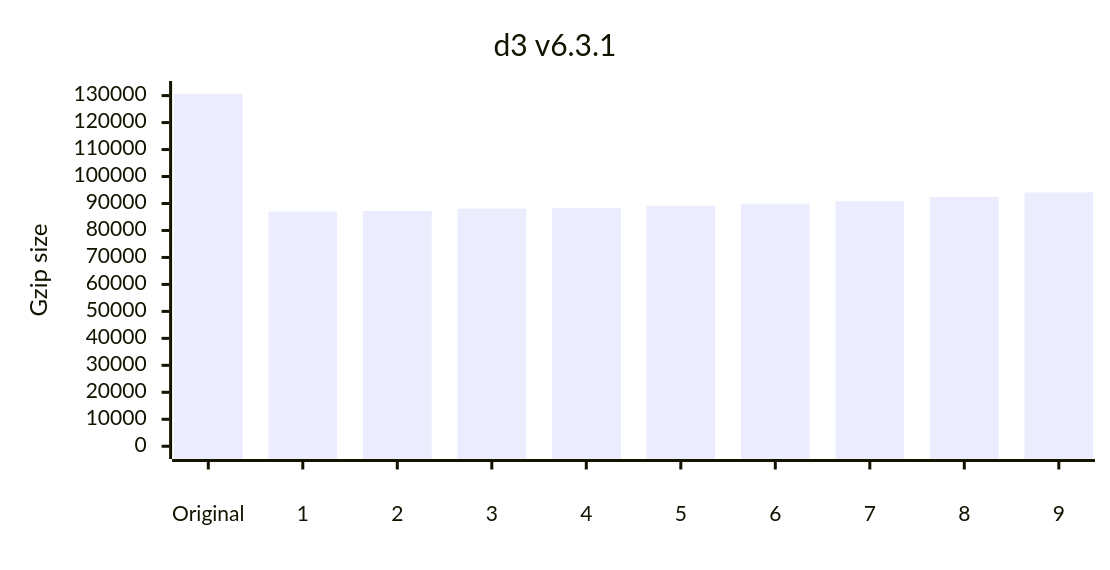
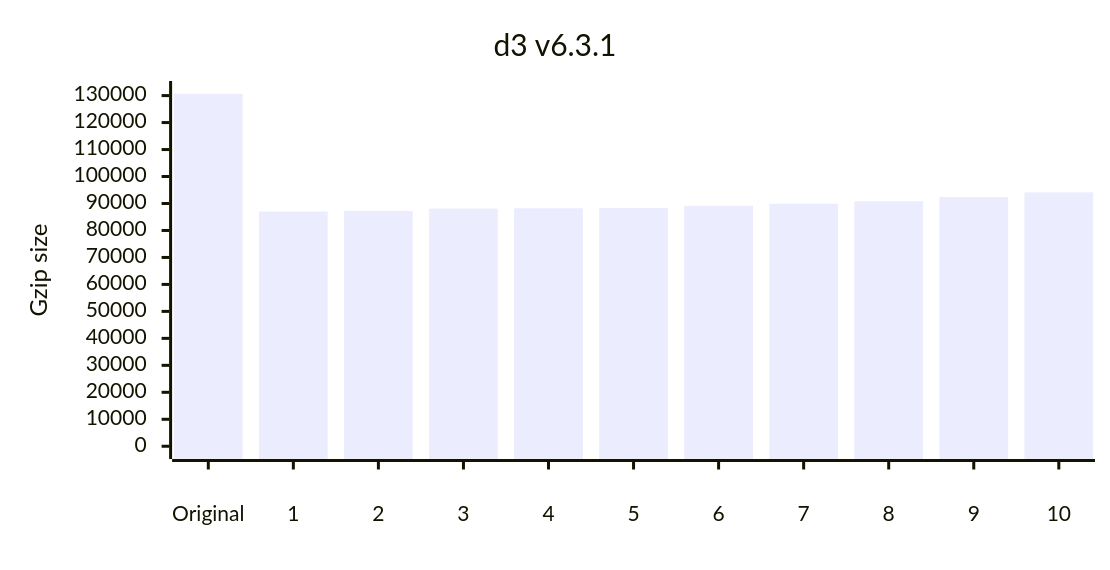
The sixth of 12 diagrams in README.md (privatenumber/minification-benchmarks), drawn with Mermaid before and after one commit. The commit also changed other lines of this file and 1 other file, not shown here.

````diff
--- a/README.md
+++ b/README.md
@@ -264,17 +270,17 @@
 ```mermaid
 ---
 config:
     xyChart:
         width: 720
         height: 360
         xAxis:
             labelPadding: 20
         yAxis:
             labelPadding: 10
 ---
 xychart-beta
 	title "d3 v6.3.1"
-	x-axis ["Original",1,2,3,4,5,6,7,8,9]
+	x-axis ["Original",1,2,3,4,5,6,7,8,9,10]
 	y-axis "Gzip size" 0 --> 130686
-	bar [130686,87016,87224,88087,88319,89156,89891,90800,92395,94121]
+	bar [130686,87016,87224,88087,88243,88319,89156,89891,90800,92395,94121]
 ```
````
